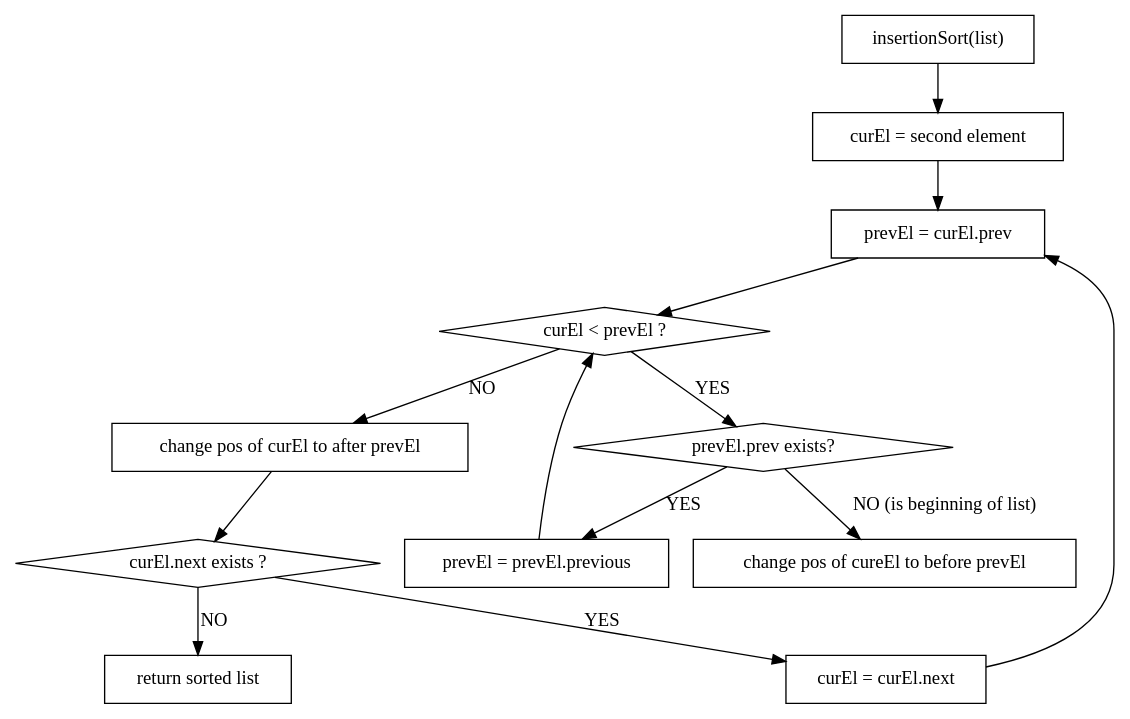
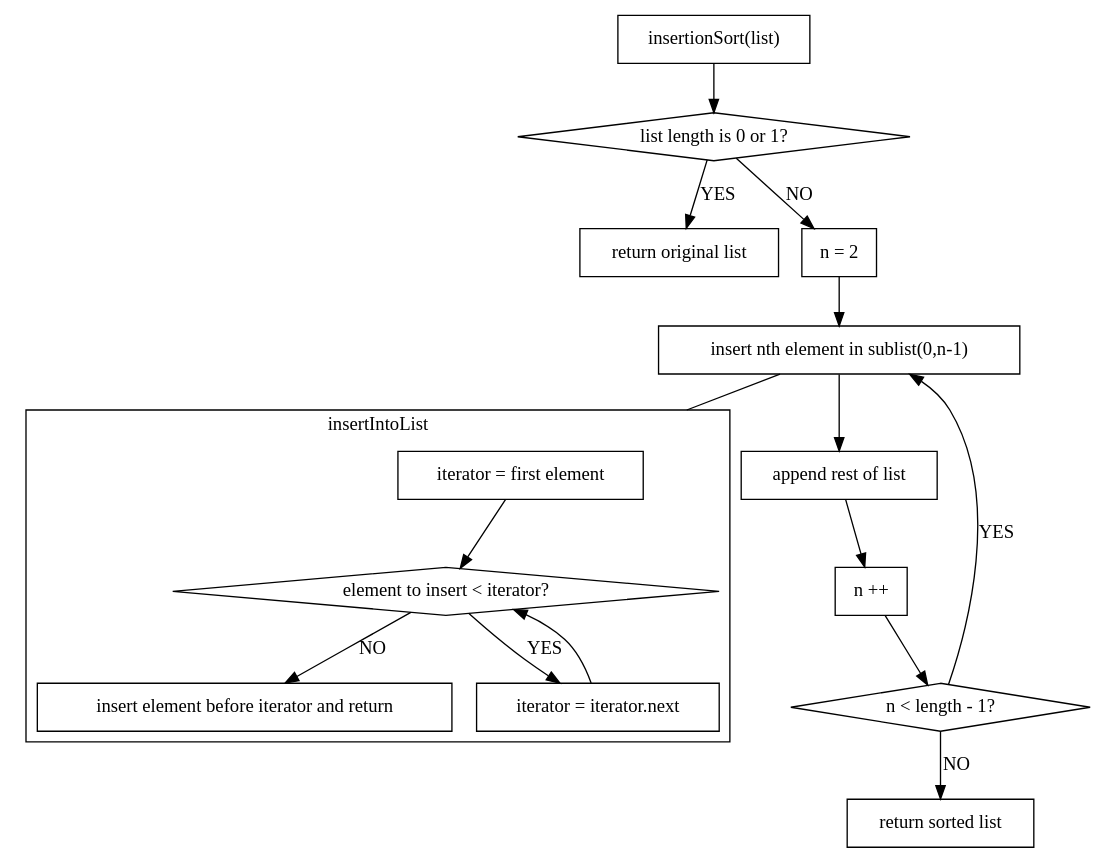
Before and after one commit to hugoppp-uni/Algorithmen-und-Datenstrukturen: the diagram in doc/aufg2/graphViz/insertionSort.gv, drawn with Graphviz.

Commit message:
Redo InsertionSort Graph

```diff
--- a/doc/aufg2/graphViz/insertionSort.gv
+++ b/doc/aufg2/graphViz/insertionSort.gv
@@ -1,28 +1,38 @@
 digraph Q {
 
     node [shape = box];
     compound = true;
 
-    s0 [label = "insertionSort(list)"]
-    s0 -> s1
-    s1 [label = "curEl = second element"]
-    s1 -> s11
-    s11 [label = "prevEl = curEl.prev"]
-    s11 -> d1
-    d1 [label = "curEl < prevEl ?" shape = diamond];
-    d1 -> s2 [label = YES]
-    d1 -> s3 [label = NO]
-    s2[label = "prevEl.prev exists?" shape = diamond]
-    s2 -> s22 [label = "YES"]
-    s2 -> s23 [label = "NO (is beginning of list)"]
-    s22 [label = "prevEl = prevEl.previous"]
-    s22 -> d1
-    s23[label = "change pos of cureEl to before prevEl"]
-    s3[label = "change pos of curEl to after prevEl"]
-    s3 -> d3
-    d3[label = "curEl.next exists ?" shape = diamond]
-    d3 -> s33 [label = "YES"]
-    d3 -> "return sorted list" [label = "NO"]
-    s33[label = "curEl = curEl.next"]
-    s33 -> s11
+    s1 [label = "insertionSort(list)"]
+    s1 -> d1
+    d1 [label = "list length is 0 or 1?" shape = diamond]
+    d1 -> "return original list" [label = "YES"];
+    d1 -> s2 [label = "NO"];
+    s2 [label = "n = 2"];
+    s2 -> s33
+    s33 [label = "insert nth element in sublist(0,n-1) "];
+    s33 -> s3
+    s33 -> cBegin [arrowhead=none, lhead=cluster1]
+    s3 [label = "append rest of list"]
+    s3 -> s4
+    s4 [label = "n ++"];
+    s4 -> d2
+    d2 [label = "n < length - 1?" shape = diamond];
+    d2 -> s33 [label = "YES"];
+    d2 -> "return sorted list" [label = "NO"];
+
+    subgraph cluster1 {
+        label = "insertIntoList"
+        cBegin [label = "iterator = first element"];
+        cBegin -> cd1
+        cd1 [label = "element to insert < iterator?" shape = diamond] ;
+        cd1 -> cs1 [label = "NO"];
+        cd1 -> cs2 [label = "YES"];
+        cs1 [label = "insert element before iterator and return" shape = box];
+        cs2 [label = "iterator = iterator.next" shape = box];
+        cs2 -> cd1
+
+    }
+
+
 }
```
